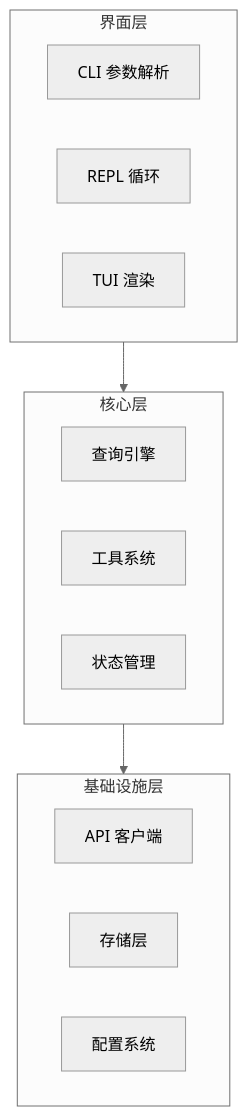
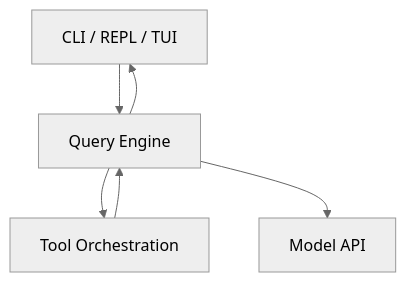
One commit to friendlyhank/claude-code-annotated changed the first of 2 diagrams in notes/reviews/01-architecture-and-core-flow.md. Above: the diagram before and after it, drawn with Mermaid (neutral theme). The commit also changed other lines of this file and 13 other files, not shown here.

````diff
--- a/notes/reviews/01-architecture-and-core-flow.md
+++ b/notes/reviews/01-architecture-and-core-flow.md
@@ -43,23 +23,8 @@
 ```mermaid
 flowchart TB
-    subgraph Interface["界面层"]
-        CLI[CLI 参数解析]
-        REPL[REPL 循环]
-        TUI[TUI 渲染]
-    end
-    
-    subgraph Core["核心层"]
-        Query[查询引擎]
-        Tools[工具系统]
-        State[状态管理]
-    end
-    
-    subgraph Infra["基础设施层"]
-        API[API 客户端]
-        Storage[存储层]
-        Config[配置系统]
-    end
-    
-    Interface --> Core
-    Core --> Infra
+    UI[CLI / REPL / TUI] --> Core[Query Engine]
+    Core --> ToolLayer[Tool Orchestration]
+    Core --> API[Model API]
+    ToolLayer --> Core
+    Core --> UI
 ```
````
